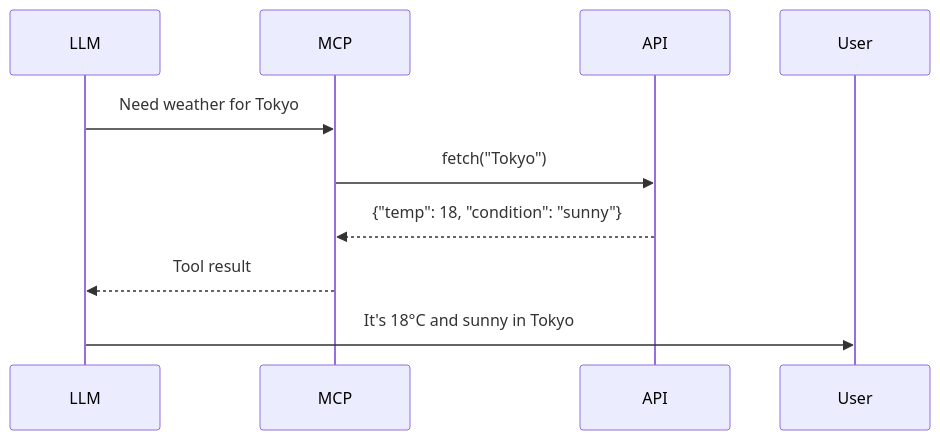
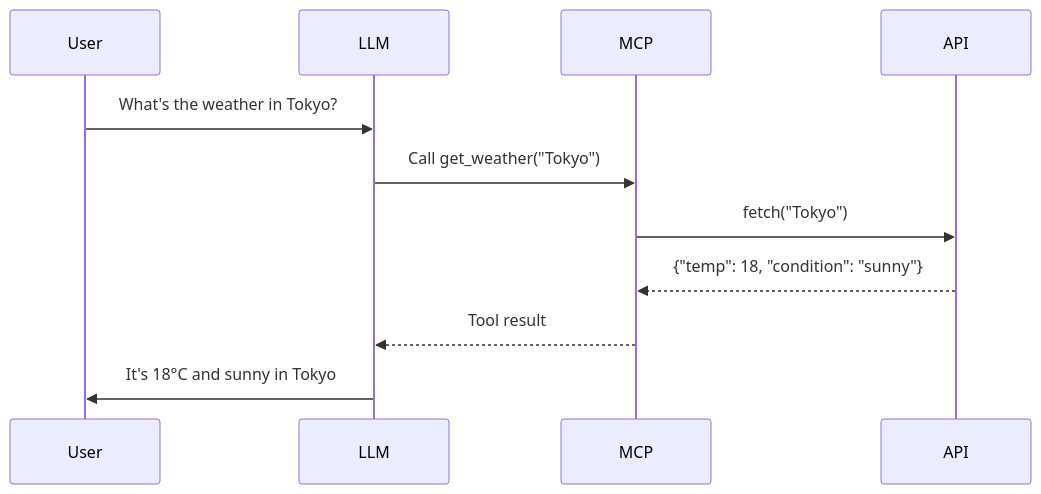
Before and after one commit to dujijundavid/modern-software-dev-assignments: the second of 2 diagrams in commands/learning-mode.md, drawn with Mermaid. The commit also changed other lines of this file and 10 other files, not shown here.

First line of the commit message:
feat(learning-mode): add environment-aware visualization (ASCII + Mermaid)

````diff
--- a/commands/learning-mode.md
+++ b/commands/learning-mode.md
@@ -213,12 +316,14 @@
 ```mermaid
 sequenceDiagram
+    participant User
     participant LLM
     participant MCP
     participant API
 
-    LLM->>MCP: Need weather for Tokyo
+    User->>LLM: What's the weather in Tokyo?
+    LLM->>MCP: Call get_weather("Tokyo")
     MCP->>API: fetch("Tokyo")
     API-->>MCP: {"temp": 18, "condition": "sunny"}
     MCP-->>LLM: Tool result
     LLM->>User: It's 18°C and sunny in Tokyo
 ```
````
